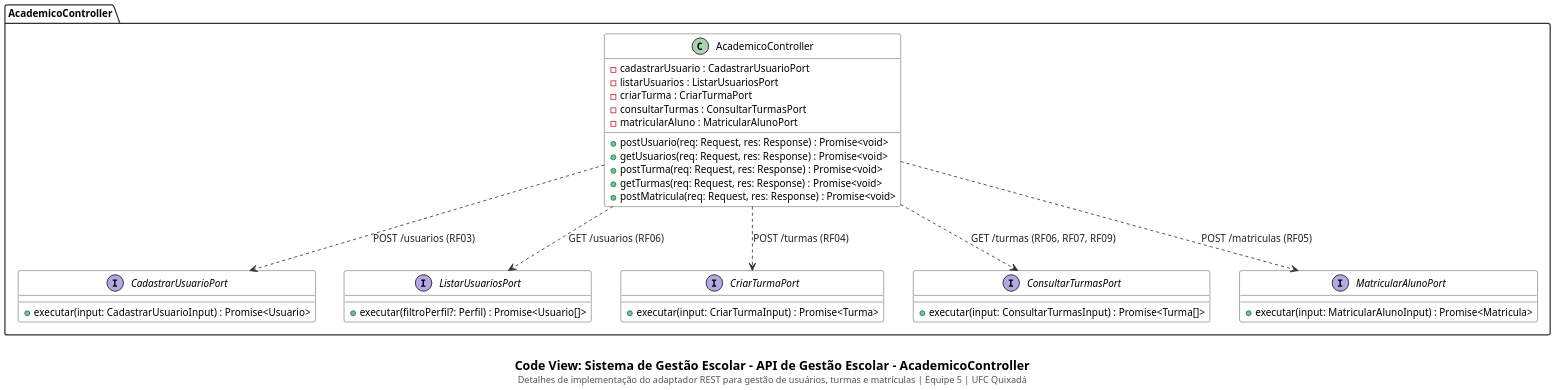
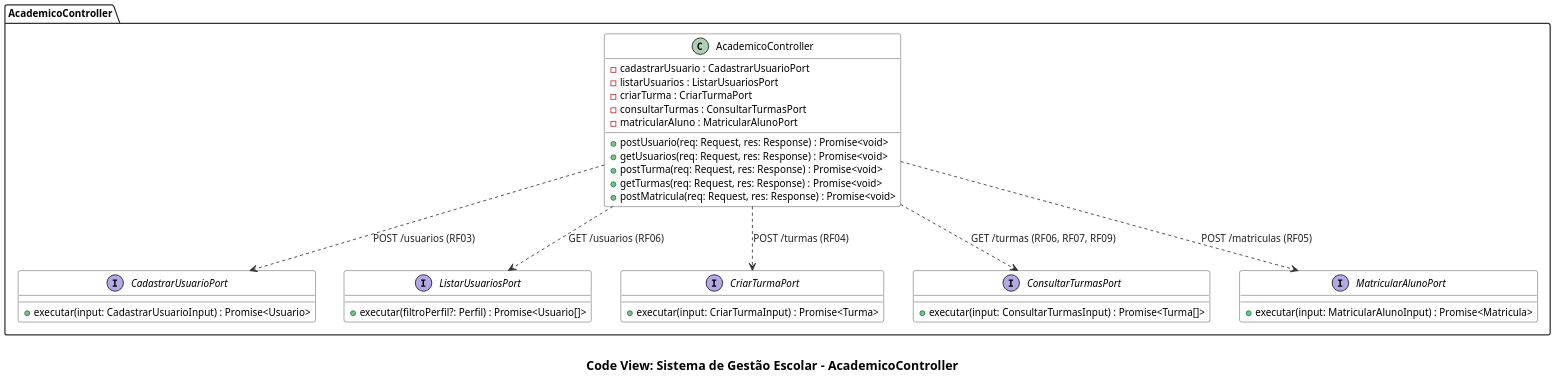
One commit to cicerocarnauba/sistema-gestao-escolar changed the diagram in docs/code/academico-controller.puml. Above: the diagram before and after it, drawn with PlantUML. The commit also changed 16 other files, not shown here.

Commit message:
docs: limpa legendas/timestamp dos diagramas C4 e atualiza README

```diff
--- a/docs/code/academico-controller.puml
+++ b/docs/code/academico-controller.puml
@@ -1,63 +1,63 @@
 @startuml
 set separator none
 top to bottom direction
 skinparam backgroundColor #FFFFFF
 skinparam shadowing false
 skinparam dpi 180
 skinparam defaultFontName "SansSerif"
 skinparam defaultFontSize 12
 skinparam packageStyle folder
 skinparam packageBackgroundColor #FFFFFF
 skinparam packageBorderColor #333333
 skinparam packageFontStyle bold
 skinparam classBackgroundColor #FFFFFF
 skinparam classHeaderBackgroundColor #FFFFFF
 skinparam classBorderColor #333333
 skinparam arrowColor #333333
 skinparam arrowFontColor #222222
 skinparam noteBackgroundColor #FAFAFA
 skinparam noteBorderColor #666666
 
 package "AcademicoController" as pkg_academico_controller {
     interface CadastrarUsuarioPort {
         + executar(input: CadastrarUsuarioInput) : Promise<Usuario>
     }
 
     interface ListarUsuariosPort {
         + executar(filtroPerfil?: Perfil) : Promise<Usuario[]>
     }
 
     interface CriarTurmaPort {
         + executar(input: CriarTurmaInput) : Promise<Turma>
     }
 
     interface ConsultarTurmasPort {
         + executar(input: ConsultarTurmasInput) : Promise<Turma[]>
     }
 
     interface MatricularAlunoPort {
         + executar(input: MatricularAlunoInput) : Promise<Matricula>
     }
 
     class AcademicoController {
         - cadastrarUsuario : CadastrarUsuarioPort
         - listarUsuarios : ListarUsuariosPort
         - criarTurma : CriarTurmaPort
         - consultarTurmas : ConsultarTurmasPort
         - matricularAluno : MatricularAlunoPort
         + postUsuario(req: Request, res: Response) : Promise<void>
         + getUsuarios(req: Request, res: Response) : Promise<void>
         + postTurma(req: Request, res: Response) : Promise<void>
         + getTurmas(req: Request, res: Response) : Promise<void>
         + postMatricula(req: Request, res: Response) : Promise<void>
     }
 
     AcademicoController ..> CadastrarUsuarioPort : POST /usuarios (RF03)
     AcademicoController ..> ListarUsuariosPort : GET /usuarios (RF06)
     AcademicoController ..> CriarTurmaPort : POST /turmas (RF04)
     AcademicoController ..> ConsultarTurmasPort : GET /turmas (RF06, RF07, RF09)
     AcademicoController ..> MatricularAlunoPort : POST /matriculas (RF05)
 }
 
-caption \n<size:15><b>Code View: Sistema de Gestão Escolar - API de Gestão Escolar - AcademicoController</b></size>\n<size:11><color:#555555>Detalhes de implementação do adaptador REST para gestão de usuários, turmas e matrículas | Equipe 5 | UFC Quixadá</color></size>
+caption \n<size:15><b>Code View: Sistema de Gestão Escolar - AcademicoController</b></size>
 @enduml
```
